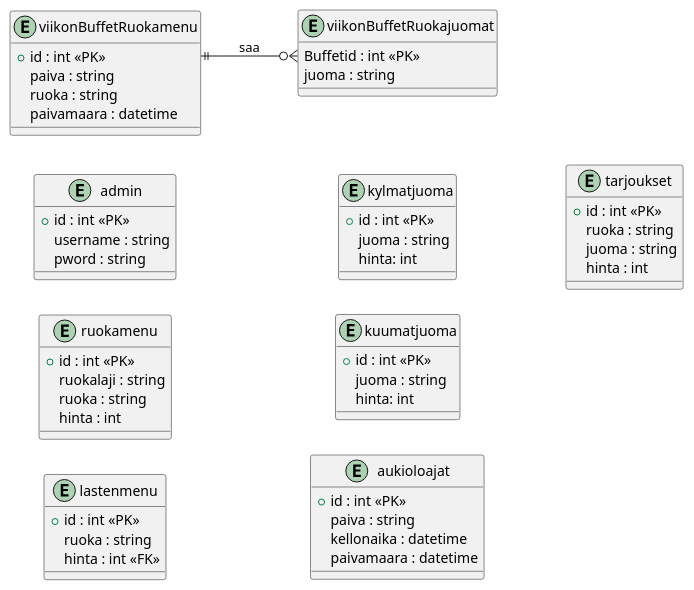
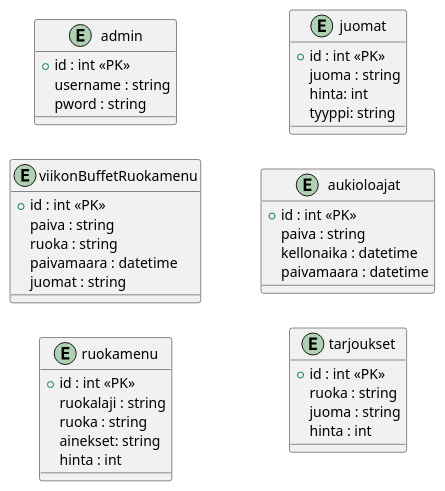
The diagram in db_kaavio.puml (epe129/Cafeteria-Menu-Display), drawn with PlantUML before and after one commit. The commit also changed 8 other files, not shown here.

```diff
--- a/db_kaavio.puml
+++ b/db_kaavio.puml
@@ -1,69 +1,47 @@
 @startuml kalastus
 left to right direction
 
 entity admin {
   +id : int <<PK>>
   username : string
   pword : string
 }
 
 entity viikonBuffetRuokamenu {
   +id : int <<PK>>
   paiva : string
   ruoka : string
   paivamaara : datetime
-}
-
-entity viikonBuffetRuokajuomat {
-  Buffetid : int <<PK>>
-  juoma : string
+  juomat : string
 }
 
 entity ruokamenu {
   +id : int <<PK>>
   ruokalaji : string
   ruoka : string
+  ainekset: string
   hinta : int
 }
- 
-entity lastenmenu {
-  +id : int <<PK>>
-  ruoka : string
-  hinta : int <<FK>>
-}
- 
-entity kylmatjuoma {
+
+entity juomat {
   +id : int <<PK>>
   juoma : string
   hinta: int
-}
- 
-entity kuumatjuoma {
-  +id : int <<PK>>
-  juoma : string
-  hinta: int
+  tyyppi: string
 }
  
 entity aukioloajat {
   +id : int <<PK>>
   paiva : string
   kellonaika : datetime
   paivamaara : datetime
 }
  
 entity tarjoukset {
   +id : int <<PK>>
   ruoka : string
   juoma : string
   hinta : int
 }
-
-' ' suhteet: kentästä kenttään
-viikonBuffetRuokamenu::id ||--o{ viikonBuffetRuokajuomat::Buffetid : saa
-' VIEHE::id     ||--o{ TARPPI::viehe_id    : liittyy
-' VAPA::id      ||--o{ TARPPI::vapa_id     : liittyy
-' KALA::tarppi_id  }o--|| TARPPI::id     : liittyy
-' ' TARPPI::id ||--|| KALA::tarppi_id : saa
-' LAJI::id   ||--o{ KALA::laji_id   : liittyy
  
 @enduml
```
